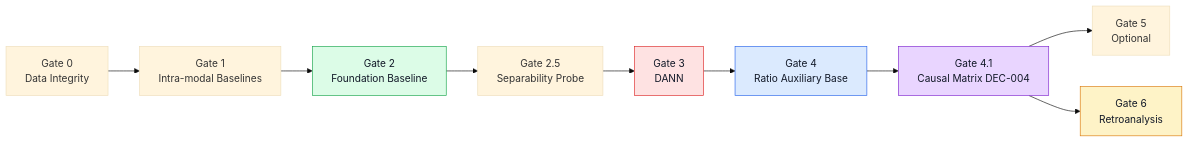
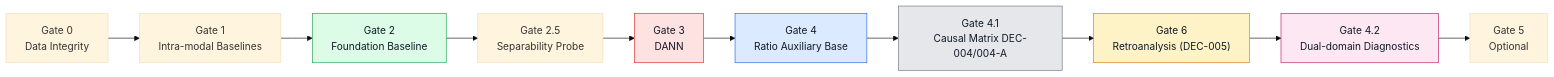
The first of 2 diagrams in README.md (Mar-IA-no/Phideus), drawn with Mermaid (base theme) before and after one commit. The commit also changed other lines of this file and 3 other files, not shown here.

Commit message:
docs: update BIAS_CONTROL status to Gate 4.1 closure and DEC-005 diagnostics

````diff
--- a/README.md
+++ b/README.md
@@ -53,17 +53,19 @@
 ```mermaid
 flowchart LR
   G0["Gate 0<br/>Data Integrity"] --> G1["Gate 1<br/>Intra-modal Baselines"]
   G1 --> G2["Gate 2<br/>Foundation Baseline"]
   G2 --> G25["Gate 2.5<br/>Separability Probe"]
   G25 --> G3["Gate 3<br/>DANN"]
   G3 --> G4["Gate 4<br/>Ratio Auxiliary Base"]
-  G4 --> G41["Gate 4.1<br/>Causal Matrix DEC-004"]
-  G41 --> G5["Gate 5<br/>Optional"]
-  G41 --> G6["Gate 6<br/>Retroanalysis"]
+  G4 --> G41["Gate 4.1<br/>Causal Matrix DEC-004/004-A"]
+  G41 --> G6["Gate 6<br/>Retroanalysis (DEC-005)"]
+  G6 --> G42["Gate 4.2<br/>Dual-domain Diagnostics"]
+  G42 --> G5["Gate 5<br/>Optional"]
 
   style G2 fill:#dcfce7,stroke:#16a34a,color:#111827
   style G3 fill:#fee2e2,stroke:#dc2626,color:#111827
   style G4 fill:#dbeafe,stroke:#2563eb,color:#111827
-  style G41 fill:#e9d5ff,stroke:#7e22ce,color:#111827
+  style G41 fill:#e5e7eb,stroke:#6b7280,color:#111827
   style G6 fill:#fef3c7,stroke:#d97706,color:#111827
+  style G42 fill:#fce7f3,stroke:#be185d,color:#111827
 ```
````
